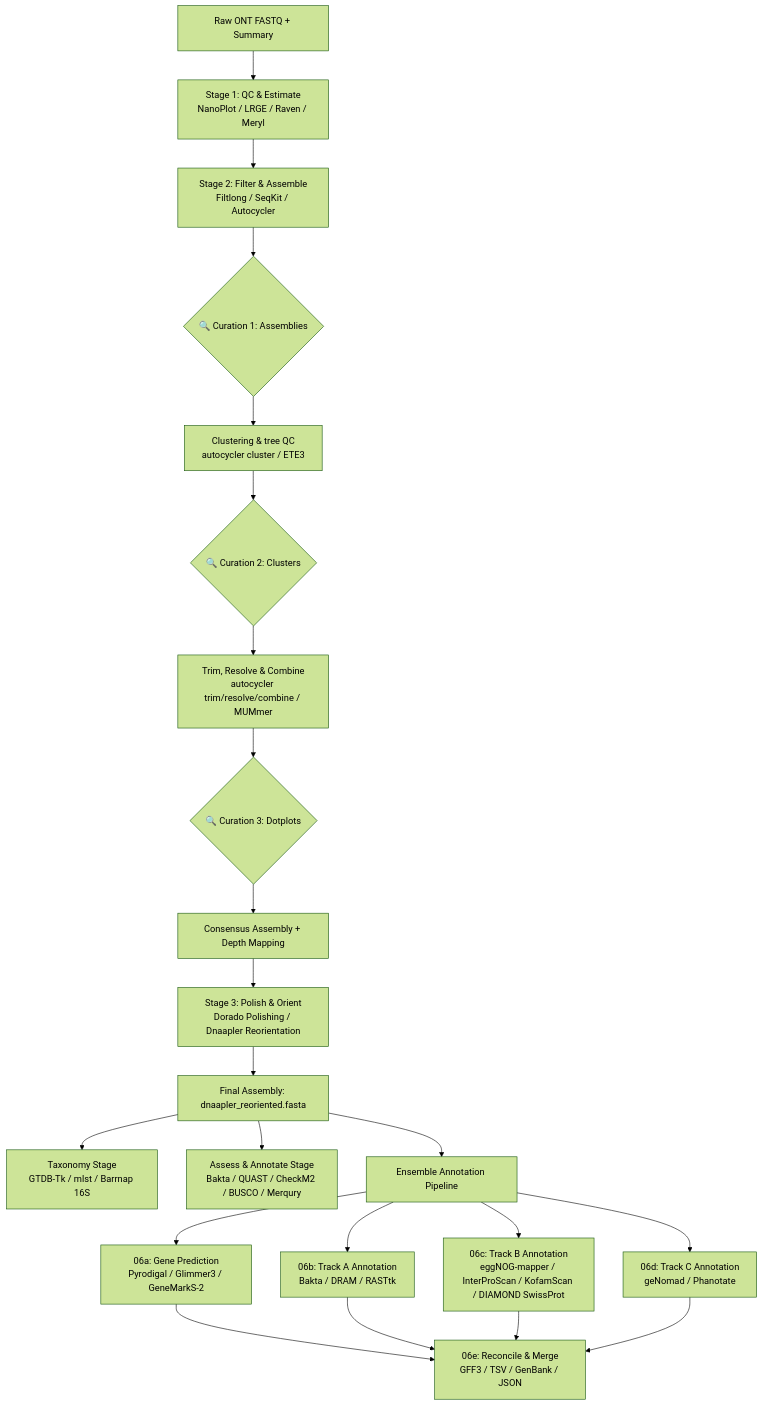
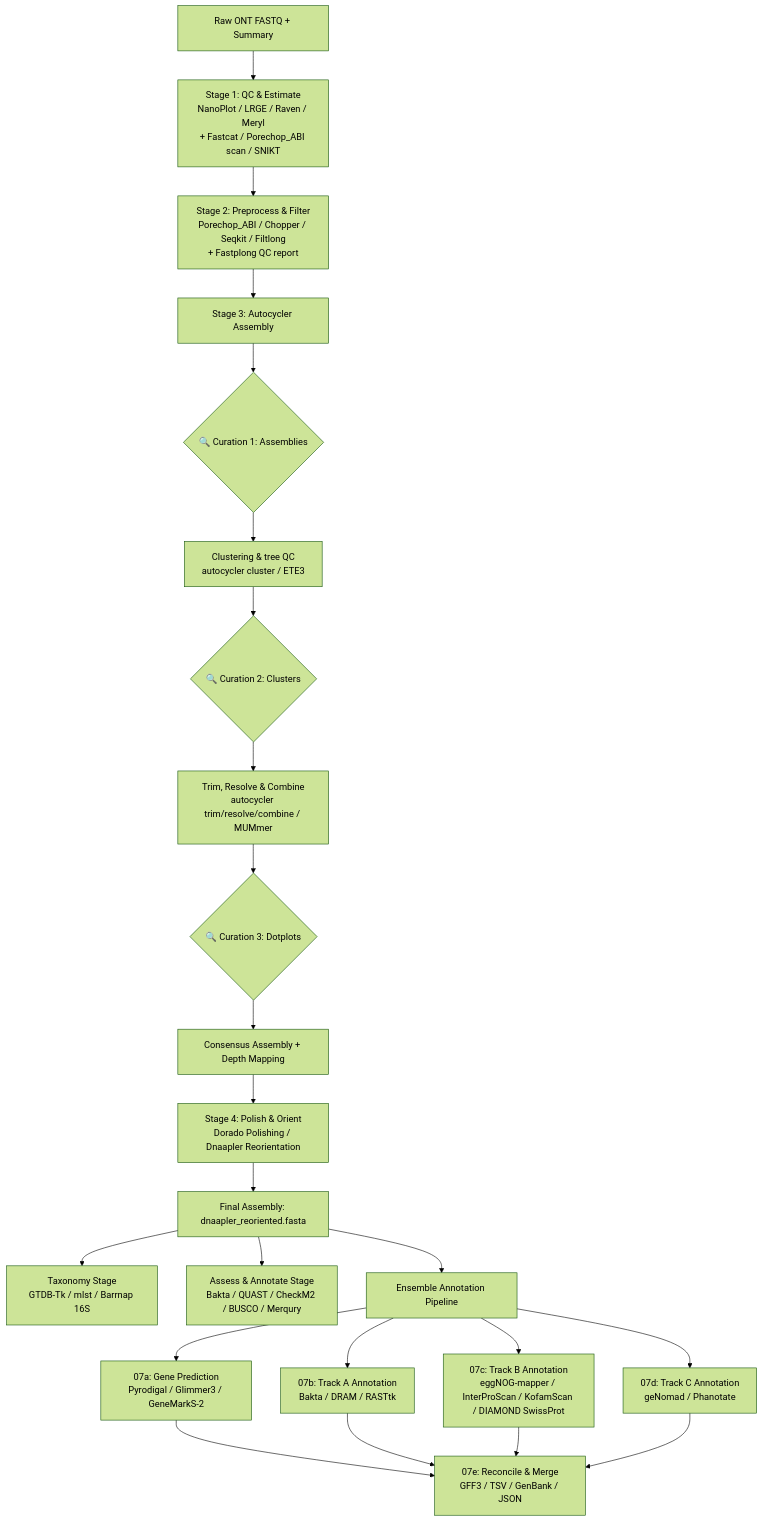
Before and after one commit to WhyAdr/ProkaryONT: the diagram in README.md, drawn with Mermaid (forest theme). The commit also changed other lines of this file and 19 other files, not shown here.

Commit message:
Refactor pipeline to 4 stages, integrate fastcat lint, and add Autocycler standalone read paths

````diff
--- a/README.md
+++ b/README.md
@@ -13,23 +13,24 @@
 ```mermaid
 graph TD
-    A[Raw ONT FASTQ + Summary] --> Stage1[Stage 1: QC & Estimate<br/>NanoPlot / LRGE / Raven / Meryl]
-    Stage1 --> Stage2[Stage 2: Filter & Assemble<br/>Filtlong / SeqKit / Autocycler]
-    Stage2 --> C1{"🔍 Curation 1: Assemblies"}
+    A[Raw ONT FASTQ + Summary] --> Stage1[Stage 1: QC & Estimate<br/>NanoPlot / LRGE / Raven / Meryl<br/>+ Fastcat / Porechop_ABI scan / SNIKT]
+    Stage1 --> Stage2[Stage 2: Preprocess & Filter<br/>Porechop_ABI / Chopper / Seqkit / Filtlong<br/>+ Fastplong QC report]
+    Stage2 --> Stage3[Stage 3: Autocycler Assembly]
+    Stage3 --> C1{"🔍 Curation 1: Assemblies"}
     C1 --> Stage2b[Clustering & tree QC<br/>autocycler cluster / ETE3]
     Stage2b --> C2{"🔍 Curation 2: Clusters"}
     C2 --> Stage2c[Trim, Resolve & Combine<br/>autocycler trim/resolve/combine / MUMmer]
     Stage2c --> C3{"🔍 Curation 3: Dotplots"}
     C3 --> Stage2d[Consensus Assembly + Depth Mapping]
-    Stage2d --> Stage3[Stage 3: Polish & Orient<br/>Dorado Polishing / Dnaapler Reorientation]
-    Stage3 --> FinalAssembly[Final Assembly: dnaapler_reoriented.fasta]
+    Stage2d --> Stage4[Stage 4: Polish & Orient<br/>Dorado Polishing / Dnaapler Reorientation]
+    Stage4 --> FinalAssembly[Final Assembly: dnaapler_reoriented.fasta]
     
     FinalAssembly --> TaxStage[Taxonomy Stage<br/>GTDB-Tk / mlst / Barrnap 16S]
     FinalAssembly --> AssessStage[Assess & Annotate Stage<br/>Bakta / QUAST / CheckM2 / BUSCO / Merqury]
     
     FinalAssembly --> EnsembleStage[Ensemble Annotation Pipeline]
-    EnsembleStage --> 06a[06a: Gene Prediction<br/>Pyrodigal / Glimmer3 / GeneMarkS-2]
-    EnsembleStage --> 06b[06b: Track A Annotation<br/>Bakta / DRAM / RASTtk]
-    EnsembleStage --> 06c[06c: Track B Annotation<br/>eggNOG-mapper / InterProScan / KofamScan / DIAMOND SwissProt]
-    EnsembleStage --> 06d[06d: Track C Annotation<br/>geNomad / Phanotate]
-    06a & 06b & 06c & 06d --> 06e[06e: Reconcile & Merge<br/>GFF3 / TSV / GenBank / JSON]
+    EnsembleStage --> 07a[07a: Gene Prediction<br/>Pyrodigal / Glimmer3 / GeneMarkS-2]
+    EnsembleStage --> 07b[07b: Track A Annotation<br/>Bakta / DRAM / RASTtk]
+    EnsembleStage --> 07c[07c: Track B Annotation<br/>eggNOG-mapper / InterProScan / KofamScan / DIAMOND SwissProt]
+    EnsembleStage --> 07d[07d: Track C Annotation<br/>geNomad / Phanotate]
+    07a & 07b & 07c & 07d --> 07e[07e: Reconcile & Merge<br/>GFF3 / TSV / GenBank / JSON]
 ```
````
